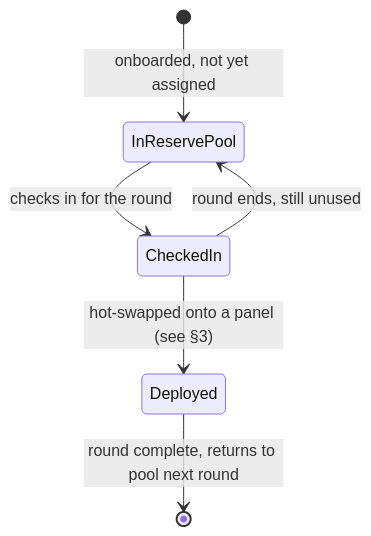
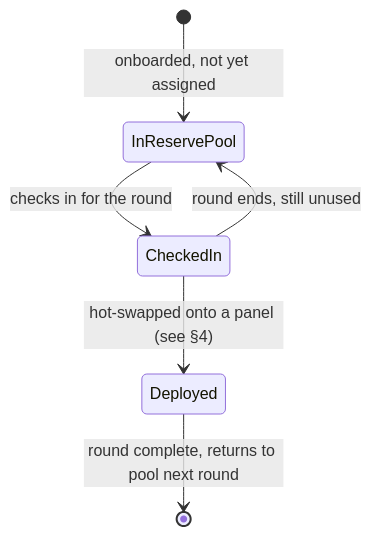
The first of 2 diagrams in docs/02-judging-contingencies.md (2022phyro/ps-tab), drawn with Mermaid before and after one commit. The commit also changed other lines of this file and 15 other files, not shown here.

````diff
--- a/docs/02-judging-contingencies.md
+++ b/docs/02-judging-contingencies.md
@@ -11,8 +23,8 @@
 ```mermaid
 stateDiagram-v2
     [*] --> InReservePool: onboarded, not yet assigned
     InReservePool --> CheckedIn: checks in for the round
-    CheckedIn --> Deployed: hot-swapped onto a panel (see §3)
+    CheckedIn --> Deployed: hot-swapped onto a panel (see §4)
     CheckedIn --> InReservePool: round ends, still unused
     Deployed --> [*]: round complete, returns to pool next round
 ```
````
